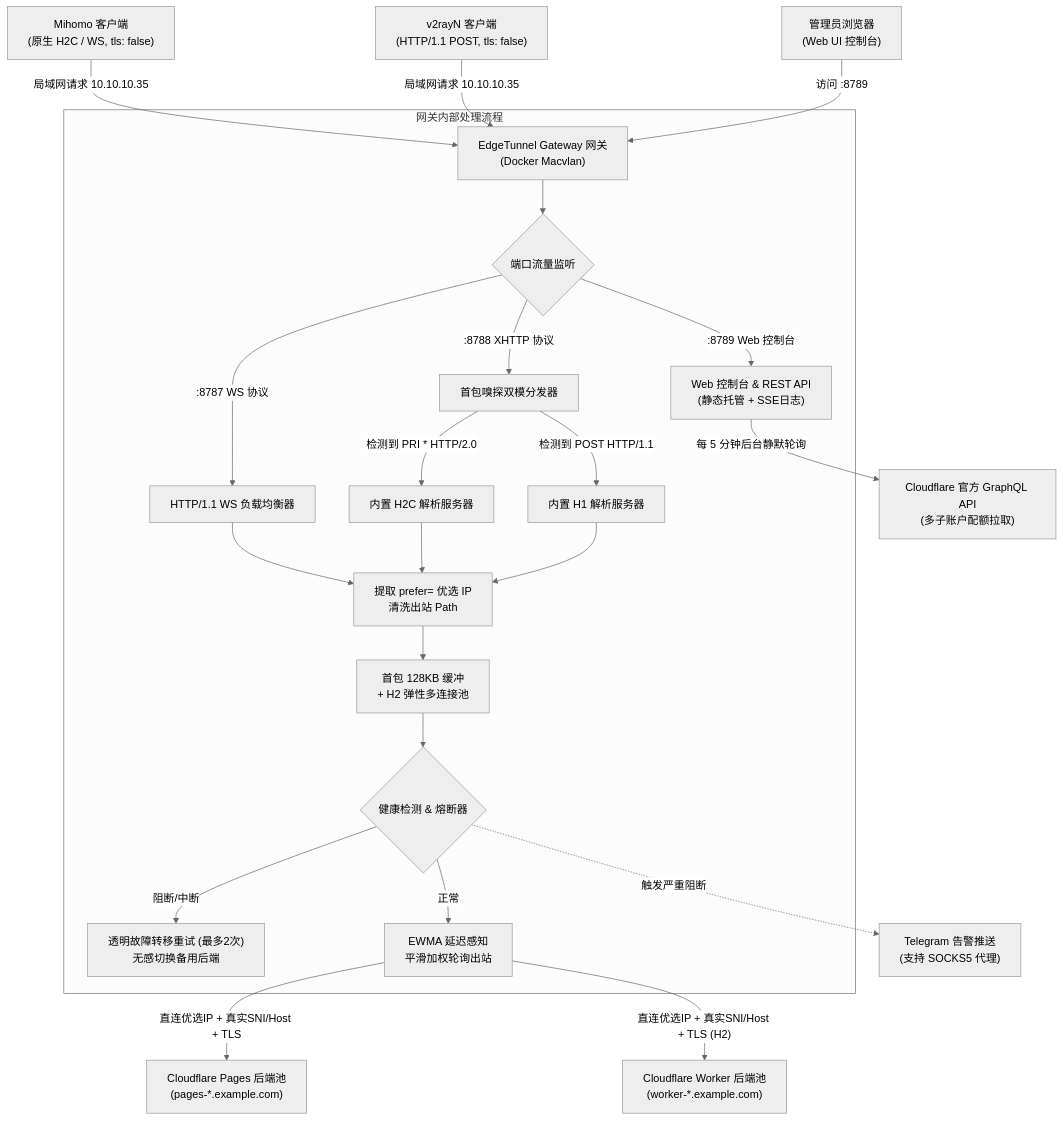
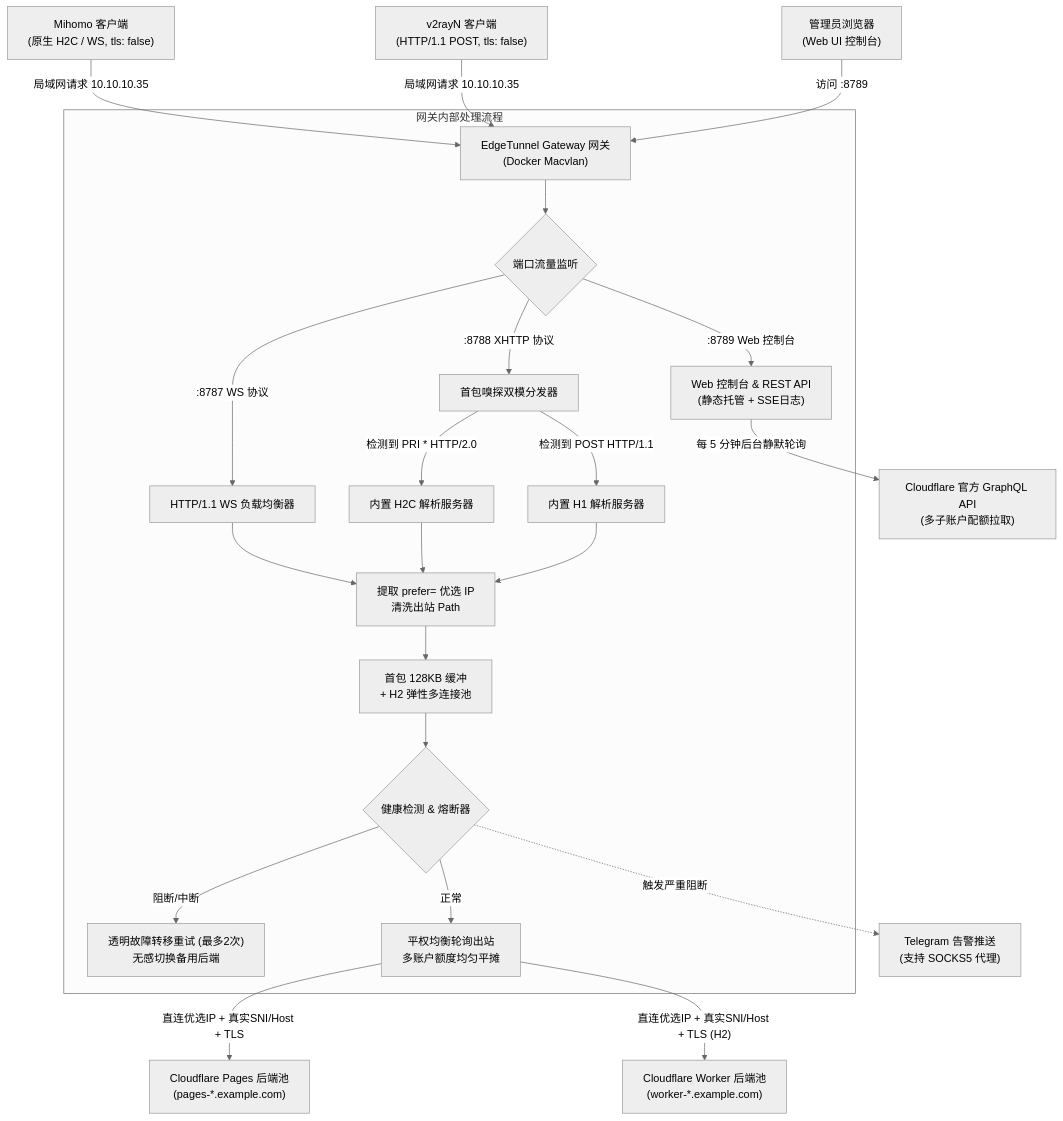
One commit to CMSZ001/edgetunnel-gateway changed the diagram in README.md. Above: the diagram before and after it, drawn with Mermaid (neutral theme). The commit also changed other lines of this file and 1 other file, not shown here.

Commit message:
refactor: drop pseudo EWMA weighting in favor of fair round-robin quota balancing

````diff
--- a/README.md
+++ b/README.md
@@ -50,30 +50,30 @@
 ```mermaid
 graph TD
     Client1["Mihomo 客户端<br/>(原生 H2C / WS, tls: false)"] -->|局域网请求 10.10.10.35| GW["EdgeTunnel Gateway 网关<br/>(Docker Macvlan)"]
     Client2["v2rayN 客户端<br/>(HTTP/1.1 POST, tls: false)"] -->|局域网请求 10.10.10.35| GW
     Browser["管理员浏览器<br/>(Web UI 控制台)"] -->|访问 :8789| GW
 
     subgraph 网关内部处理流程
         GW --> Sniff{"端口流量监听"}
         Sniff -->|:8787 WS 协议| H1Server["HTTP/1.1 WS 负载均衡器"]
         Sniff -->|:8788 XHTTP 协议| LoopbackMux["首包嗅探双模分发器"]
         Sniff -->|:8789 Web 控制台| WebUI["Web 控制台 & REST API<br/>(静态托管 + SSE日志)"]
         
         LoopbackMux -->|检测到 PRI * HTTP/2.0| IsolatedH2["内置 H2C 解析服务器"]
         LoopbackMux -->|检测到 POST HTTP/1.1| IsolatedH1["内置 H1 解析服务器"]
         
         H1Server --> Extract["提取 prefer= 优选 IP<br/>清洗出站 Path"]
         IsolatedH2 --> Extract
         IsolatedH1 --> Extract
         
         Extract --> BufferCheck["首包 128KB 缓冲<br/>+ H2 弹性多连接池"]
         BufferCheck --> HealthCheck{"健康检测 & 熔断器"}
         HealthCheck -->|阻断/中断| Failover["透明故障转移重试 (最多2次)<br/>无感切换备用后端"]
-        HealthCheck -->|正常| LB["EWMA 延迟感知<br/>平滑加权轮询出站"]
+        HealthCheck -->|正常| LB["平权均衡轮询出站<br/>多账户额度均匀平摊"]
     end
 
     LB -->|"直连优选IP + 真实SNI/Host + TLS"| CF_Pages["Cloudflare Pages 后端池<br/>(pages-*.example.com)"]
     LB -->|"直连优选IP + 真实SNI/Host + TLS (H2)"| CF_Worker["Cloudflare Worker 后端池<br/>(worker-*.example.com)"]
     WebUI -->|每 5 分钟后台静默轮询| CF_API["Cloudflare 官方 GraphQL API<br/>(多子账户配额拉取)"]
     HealthCheck -.->|触发严重阻断| TG["Telegram 告警推送<br/>(支持 SOCKS5 代理)"]
 ```
````
